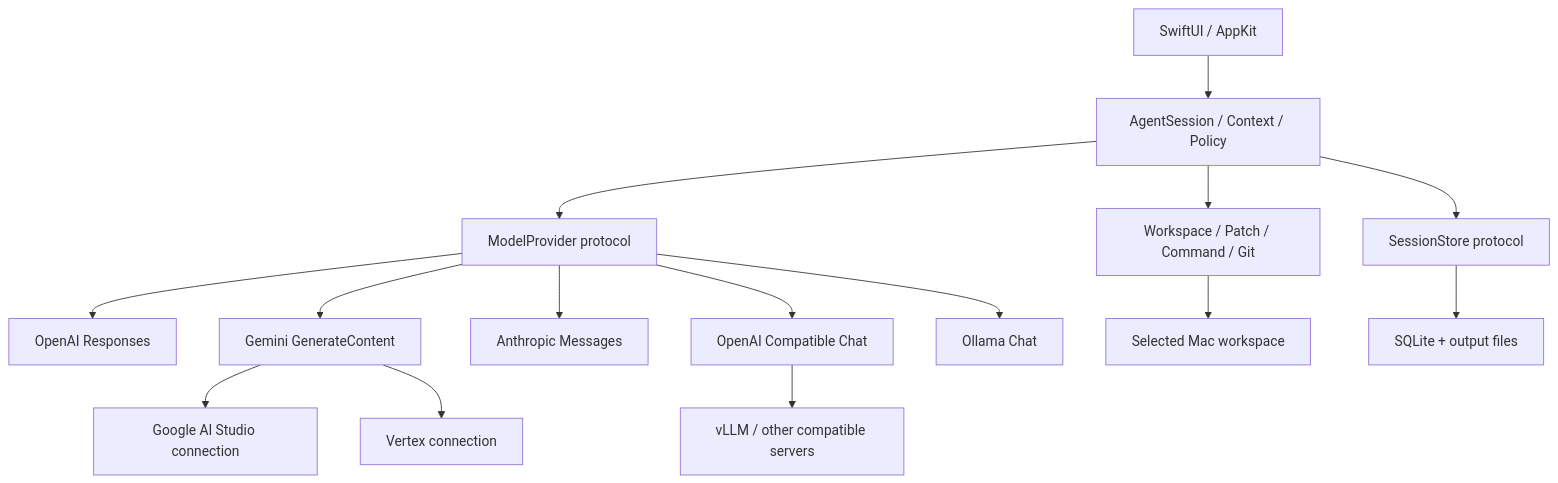
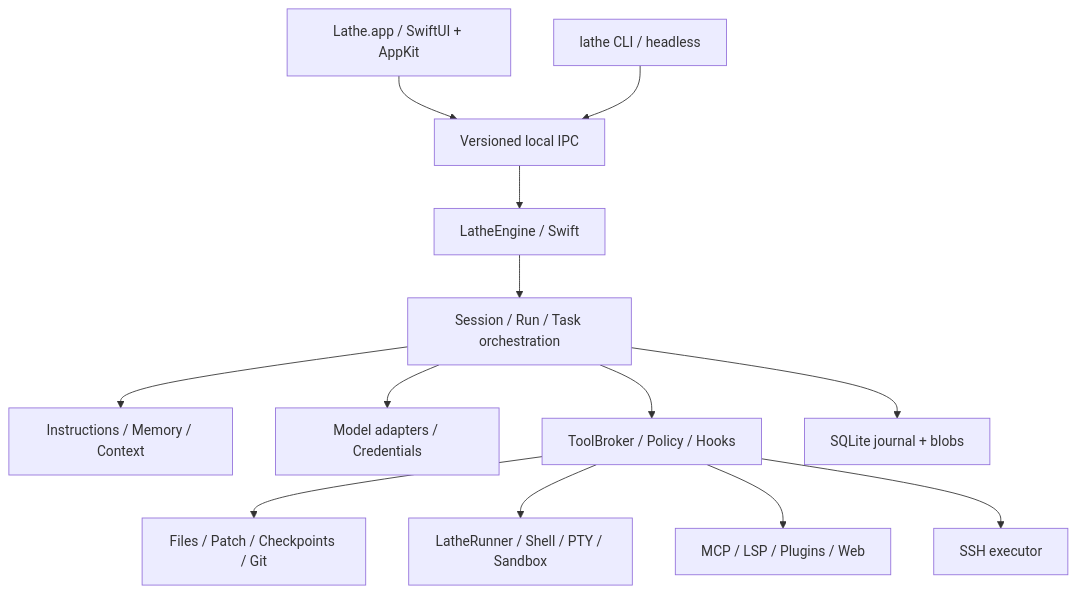
The diagram in docs/architecture.md (H4RUming/lathe-code), drawn with Mermaid before and after one commit. The commit also changed other lines of this file and 4 other files, not shown here.

First line of the commit message:
docs: specify Swift engine architecture and delivery gates

````diff
--- a/docs/architecture.md
+++ b/docs/architecture.md
@@ -44,17 +37,15 @@
 ```mermaid
 flowchart TD
-    UI[SwiftUI / AppKit] --> Core[AgentSession / Context / Policy]
-    Core --> Provider[ModelProvider protocol]
-    Provider --> OpenAI[OpenAI Responses]
-    Provider --> Google[Gemini GenerateContent]
-    Google --> Studio[Google AI Studio connection]
-    Google --> Vertex[Vertex connection]
-    Provider --> Claude[Anthropic Messages]
-    Provider --> Compatible[OpenAI Compatible Chat]
-    Compatible --> Servers[vLLM / other compatible servers]
-    Provider --> Ollama[Ollama Chat]
-    Core --> Tools[Workspace / Patch / Command / Git]
-    Core --> Store[SessionStore protocol]
-    Tools --> Mac[Selected Mac workspace]
-    Store --> DB[SQLite + output files]
+    App[Lathe.app / SwiftUI + AppKit] --> IPC[Versioned local IPC]
+    CLI[lathe CLI / headless] --> IPC
+    IPC --> Engine[LatheEngine / Swift]
+    Engine --> Runtime[Session / Run / Task orchestration]
+    Runtime --> Context[Instructions / Memory / Context]
+    Runtime --> Providers[Model adapters / Credentials]
+    Runtime --> Broker[ToolBroker / Policy / Hooks]
+    Runtime --> Journal[SQLite journal + blobs]
+    Broker --> Files[Files / Patch / Checkpoints / Git]
+    Broker --> Runner[LatheRunner / Shell / PTY / Sandbox]
+    Broker --> Ext[MCP / LSP / Plugins / Web]
+    Broker --> Remote[SSH executor]
 ```
````
